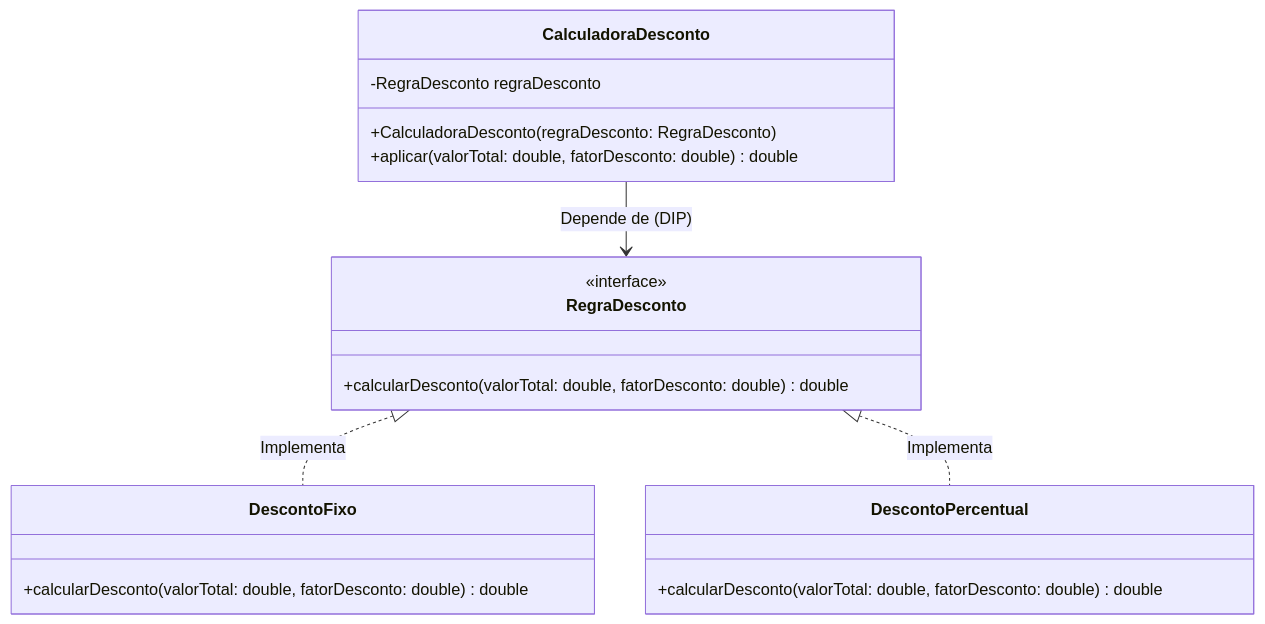
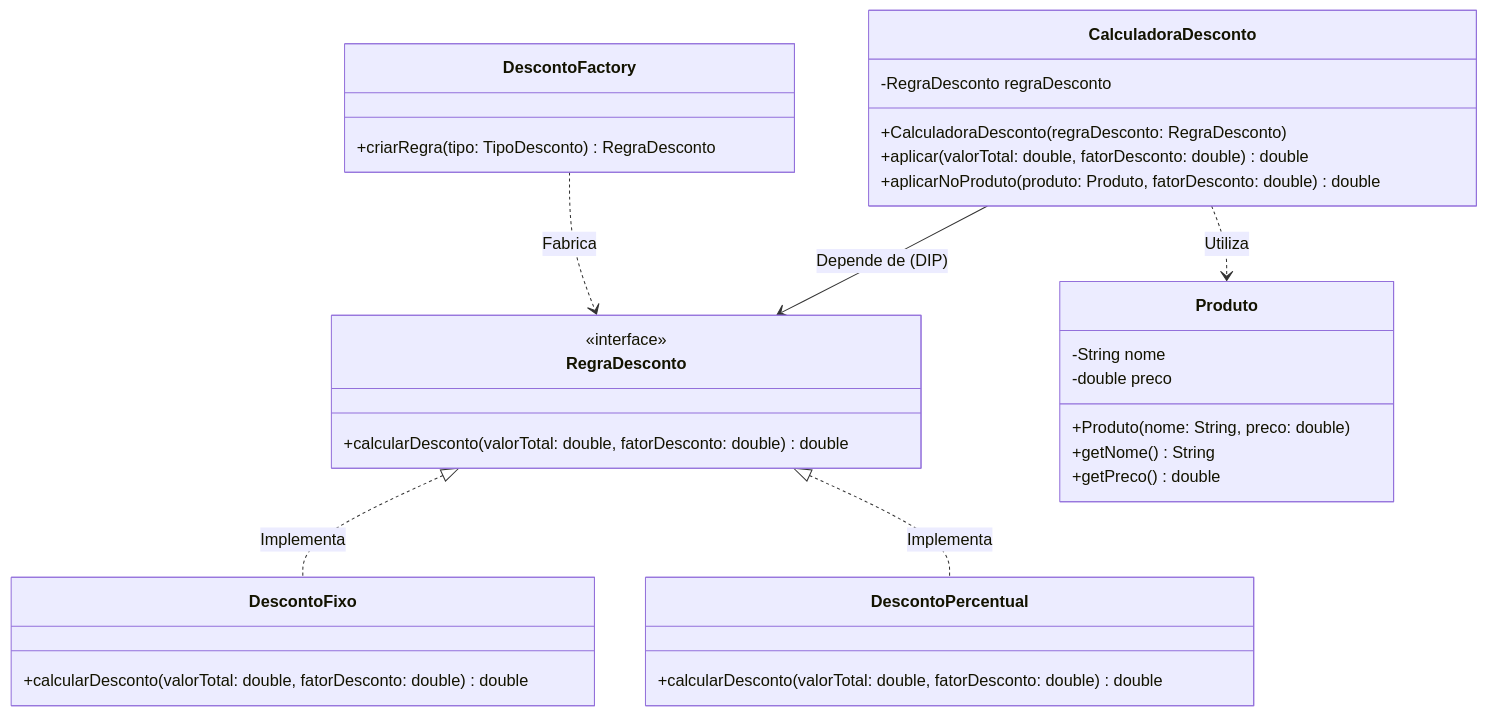
One commit to fellipe0244/TrabalhoA3Lucas202601 changed the diagram in Readme.md. Above: the diagram before and after it, drawn with Mermaid. The commit also changed other lines of this file, not shown here.

````diff
--- a/Readme.md
+++ b/Readme.md
@@ -44,23 +65,37 @@
 ```mermaid
+
 classDiagram
     class RegraDesconto {
         <<interface>>
         +calcularDesconto(valorTotal: double, fatorDesconto: double) double
     }
     class DescontoFixo {
         +calcularDesconto(valorTotal: double, fatorDesconto: double) double
     }
     class DescontoPercentual {
         +calcularDesconto(valorTotal: double, fatorDesconto: double) double
     }
     class CalculadoraDesconto {
         -RegraDesconto regraDesconto
         +CalculadoraDesconto(regraDesconto: RegraDesconto)
         +aplicar(valorTotal: double, fatorDesconto: double) double
+        +aplicarNoProduto(produto: Produto, fatorDesconto: double) double
+    }
+    class Produto {
+        -String nome
+        -double preco
+        +Produto(nome: String, preco: double)
+        +getNome() String
+        +getPreco() double
+    }
+    class DescontoFactory {
+        +criarRegra(tipo: TipoDesconto) RegraDesconto
     }
 
     RegraDesconto <|.. DescontoFixo : Implementa
     RegraDesconto <|.. DescontoPercentual : Implementa
     CalculadoraDesconto --> RegraDesconto : Depende de (DIP)
+    CalculadoraDesconto ..> Produto : Utiliza
+    DescontoFactory ..> RegraDesconto : Fabrica
 
 ```
````
